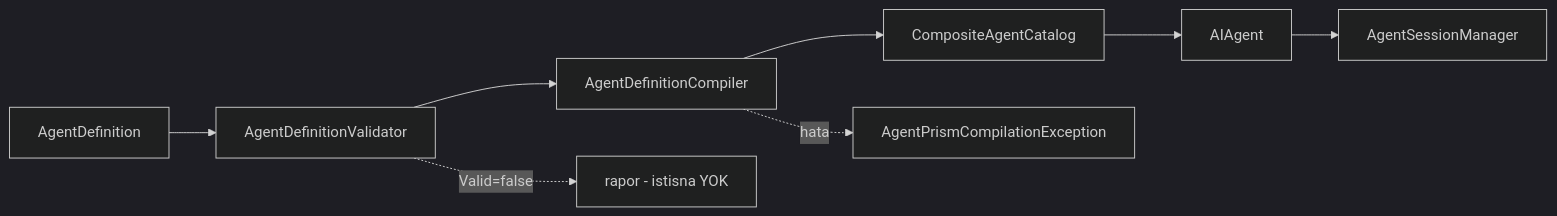
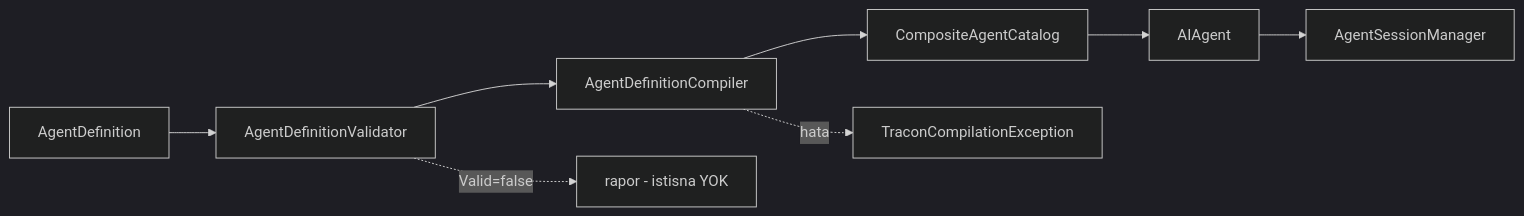
The diagram in docs/manuel-test/02-CEKIRDEK-VE-KATALOG.md (farukatasoy/Tracon), drawn with Mermaid (dark theme) before and after one commit. The commit also changed other lines of this file and 4535 other files, not shown here.

````diff
--- a/docs/manuel-test/02-CEKIRDEK-VE-KATALOG.md
+++ b/docs/manuel-test/02-CEKIRDEK-VE-KATALOG.md
@@ -22,10 +22,10 @@
 ```mermaid
 flowchart LR
     A["AgentDefinition"] --> B["AgentDefinitionValidator"]
     B --> C["AgentDefinitionCompiler"]
     C --> D["CompositeAgentCatalog"]
     D --> E["AIAgent"]
     E --> F["AgentSessionManager"]
     B -.->|Valid=false| G["rapor - istisna YOK"]
-    C -.->|hata| H["AgentPrismCompilationException"]
+    C -.->|hata| H["TraconCompilationException"]
 ```
````
